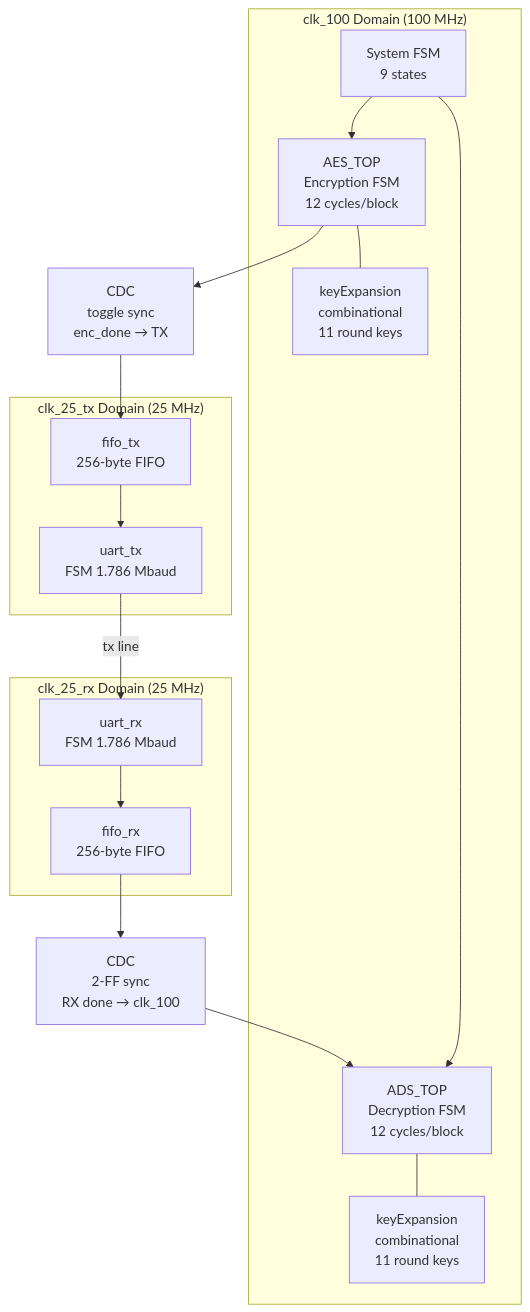
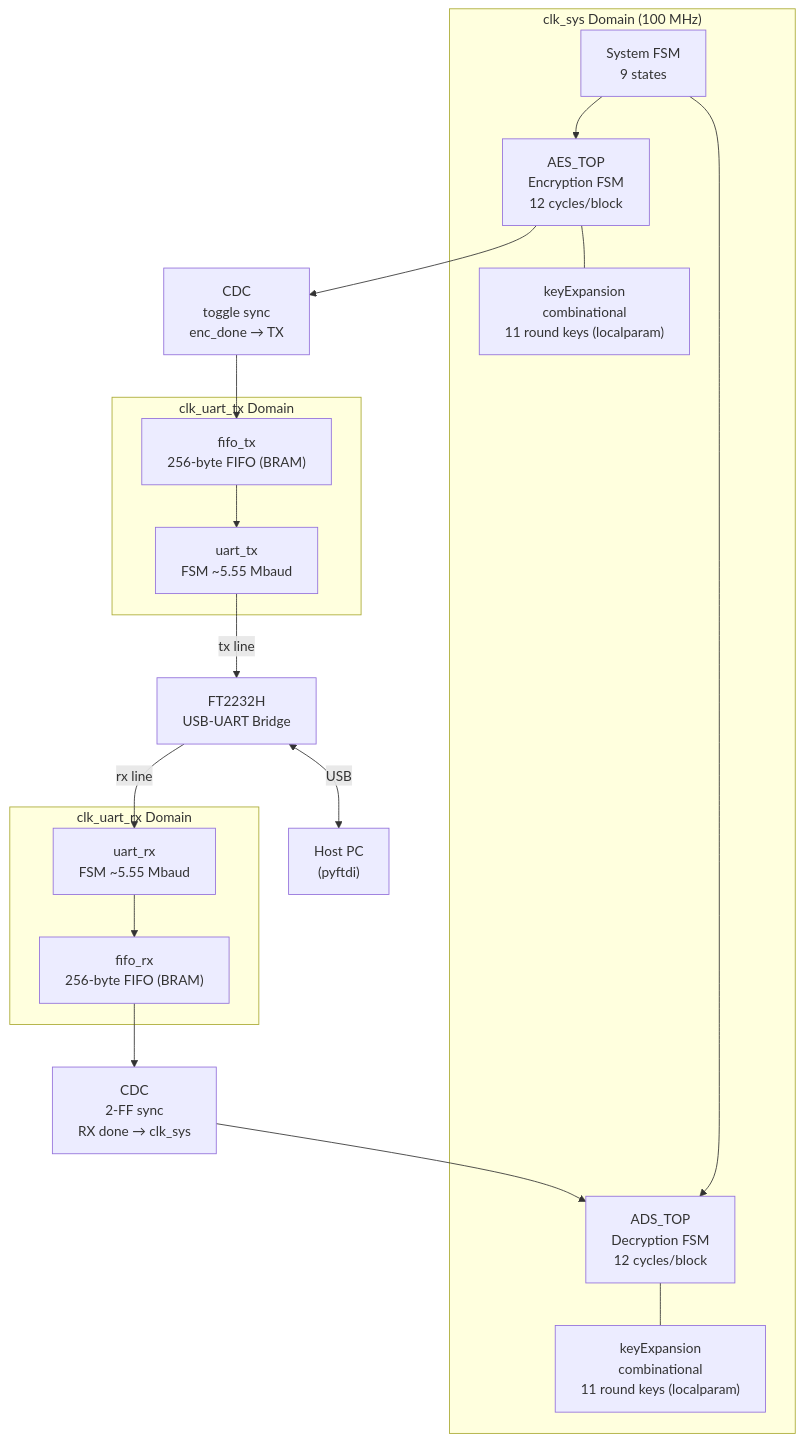
The first of 5 diagrams in README.md (ChamarthiMaruthi/AES_UART), drawn with Mermaid before and after one commit. The commit also changed other lines of this file, not shown here.

````diff
--- a/README.md
+++ b/README.md
@@ -44,35 +55,40 @@
 ```mermaid
 graph TD
-    subgraph clk_100["clk_100 Domain (100 MHz)"]
+    subgraph clk_sys["clk_sys Domain (100 MHz)"]
         ENC["AES_TOP\nEncryption FSM\n12 cycles/block"]
         DEC["ADS_TOP\nDecryption FSM\n12 cycles/block"]
         SFSM["System FSM\n9 states"]
-        KE1["keyExpansion\ncombinational\n11 round keys"]
-        KE2["keyExpansion\ncombinational\n11 round keys"]
+        KE1["keyExpansion\ncombinational\n11 round keys (localparam)"]
+        KE2["keyExpansion\ncombinational\n11 round keys (localparam)"]
     end
 
-    subgraph clk_tx["clk_25_tx Domain (25 MHz)"]
-        FTXFIFO["fifo_tx\n256-byte FIFO"]
-        UTX["uart_tx\nFSM 1.786 Mbaud"]
+    subgraph clk_uart_tx["clk_uart_tx Domain"]
+        FTXFIFO["fifo_tx\n256-byte FIFO (BRAM)"]
+        UTX["uart_tx\nFSM ~5.55 Mbaud"]
     end
 
-    subgraph clk_rx["clk_25_rx Domain (25 MHz)"]
-        URX["uart_rx\nFSM 1.786 Mbaud"]
-        FRXFIFO["fifo_rx\n256-byte FIFO"]
+    subgraph clk_uart_rx["clk_uart_rx Domain"]
+        URX["uart_rx\nFSM ~5.55 Mbaud"]
+        FRXFIFO["fifo_rx\n256-byte FIFO (BRAM)"]
     end
 
+    FT["FT2232H\nUSB-UART Bridge"]
+    HOST["Host PC\n(pyftdi)"]
+
     CDC1["CDC\ntoggle sync\nenc_done → TX"]
-    CDC2["CDC\n2-FF sync\nRX done → clk_100"]
+    CDC2["CDC\n2-FF sync\nRX done → clk_sys"]
 
     ENC --> CDC1
     CDC1 --> FTXFIFO
     FTXFIFO --> UTX
-    UTX -->|tx line| URX
+    UTX -->|tx line| FT
+    FT -->|rx line| URX
+    FT <-->|USB| HOST
     URX --> FRXFIFO
     FRXFIFO --> CDC2
     CDC2 --> DEC
     SFSM --> ENC
     SFSM --> DEC
     ENC --- KE1
     DEC --- KE2
 ```
````
